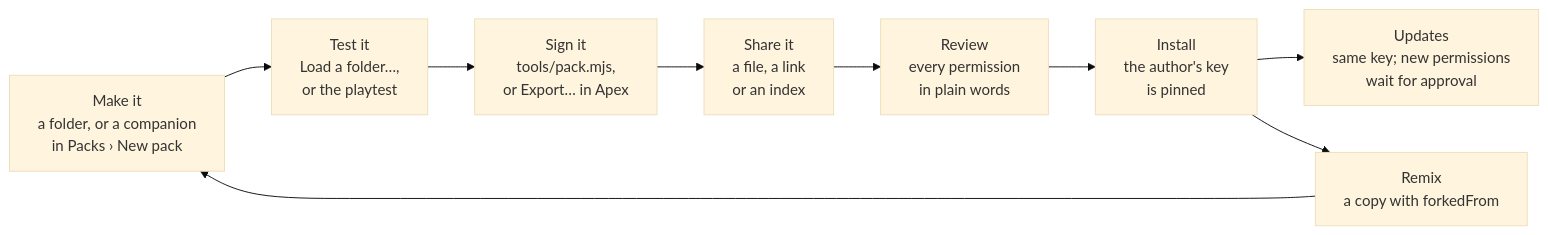
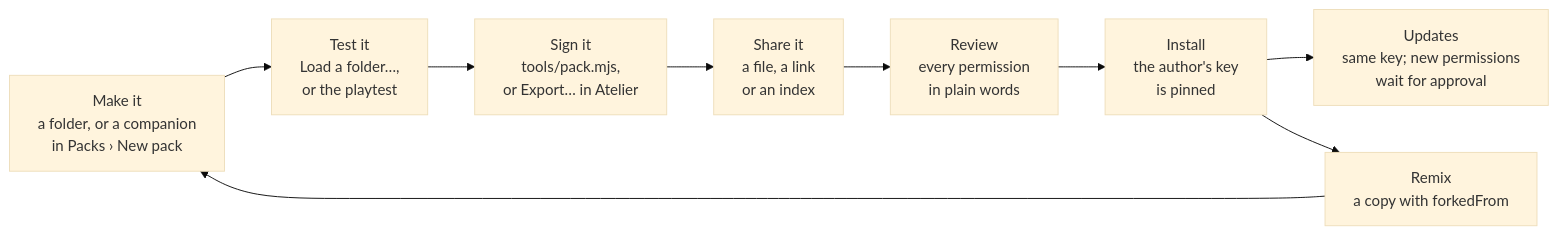
The third of 3 diagrams in docs/how-it-works.md (3SENN/apex-apps), drawn with Mermaid (base theme) before and after one commit. The commit also changed other lines of this file and 58 other files, not shown here.

First line of the commit message:
Apex is now Atelier (#3)

````diff
--- a/docs/how-it-works.md
+++ b/docs/how-it-works.md
@@ -150,11 +150,11 @@
 ```mermaid
 flowchart LR
   make["Make it<br/>a folder, or a companion<br/>in Packs › New pack"] --> test["Test it<br/>Load a folder…,<br/>or the playtest"]
-  test --> sign["Sign it<br/>tools/pack.mjs,<br/>or Export… in Apex"]
+  test --> sign["Sign it<br/>tools/pack.mjs,<br/>or Export… in Atelier"]
   sign --> share["Share it<br/>a file, a link<br/>or an index"]
   share --> review["Review<br/>every permission<br/>in plain words"]
   review --> install["Install<br/>the author's key<br/>is pinned"]
   install --> update["Updates<br/>same key; new permissions<br/>wait for approval"]
   install --> remix["Remix<br/>a copy with forkedFrom"]
   remix --> make
 ```
````
